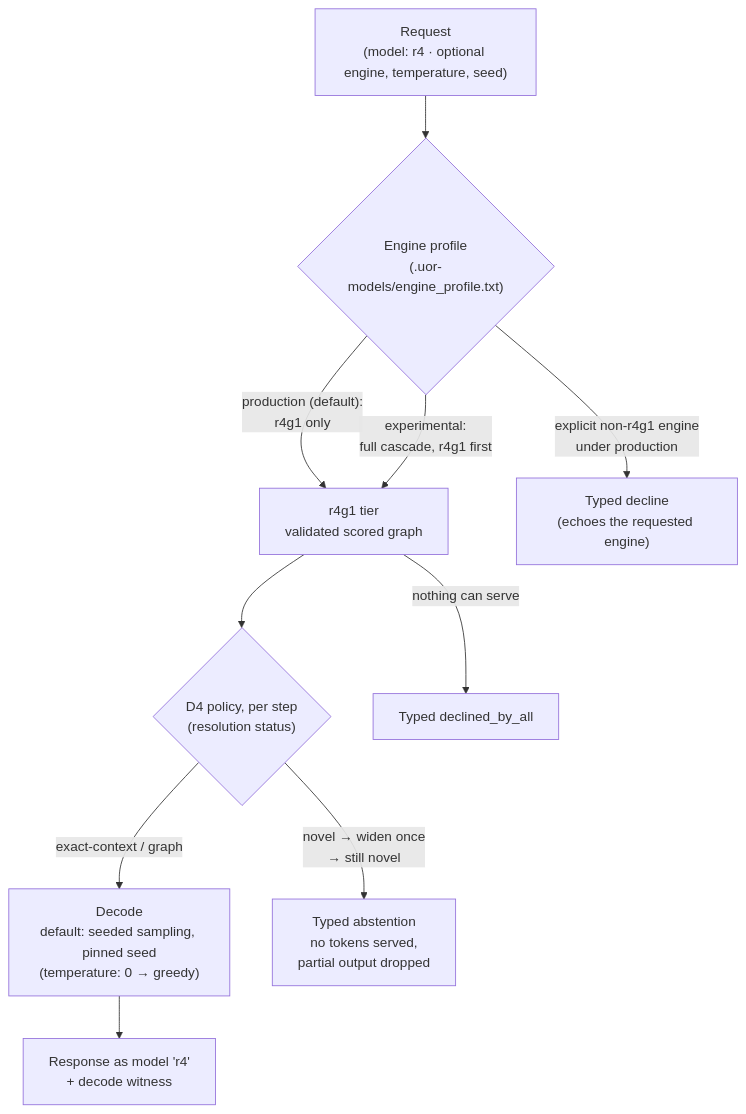
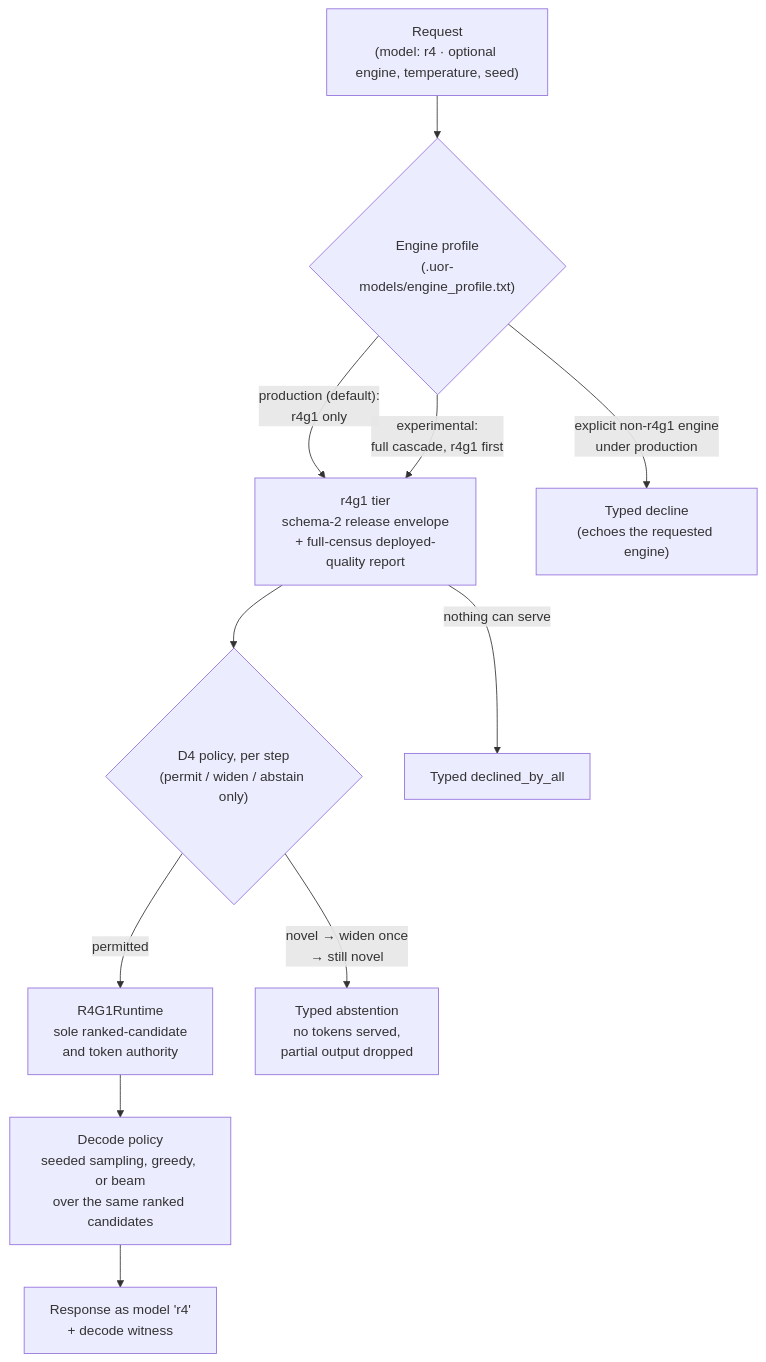
One commit to UOR-Foundation/uor-r4 changed the third of 4 diagrams in README.md. Above: the diagram before and after it, drawn with Mermaid. The commit also changed other lines of this file and 67 other files, not shown here.

````diff
--- a/README.md
+++ b/README.md
@@ -349,12 +356,13 @@
 ```mermaid
 flowchart TD
     Req["Request<br/>(model: r4 · optional engine, temperature, seed)"] --> Profile{"Engine profile<br/>(.uor-models/engine_profile.txt)"}
-    Profile -->|"production (default):<br/>r4g1 only"| Tier["r4g1 tier<br/>validated scored graph"]
+    Profile -->|"production (default):<br/>r4g1 only"| Tier["r4g1 tier<br/>schema-2 release envelope<br/>+ full-census deployed-quality report"]
     Profile -->|"explicit non-r4g1 engine<br/>under production"| Decline["Typed decline<br/>(echoes the requested engine)"]
     Profile -->|"experimental:<br/>full cascade, r4g1 first"| Tier
-    Tier --> D4{"D4 policy, per step<br/>(resolution status)"}
-    D4 -->|"exact-context / graph"| Decode["Decode<br/>default: seeded sampling, pinned seed<br/>(temperature: 0 → greedy)"]
+    Tier --> D4{"D4 policy, per step<br/>(permit / widen / abstain only)"}
+    D4 -->|"permitted"| Select["R4G1Runtime<br/>sole ranked-candidate<br/>and token authority"]
+    Select --> Decode["Decode policy<br/>seeded sampling, greedy, or beam<br/>over the same ranked candidates"]
     D4 -->|"novel → widen once<br/>→ still novel"| Abstain["Typed abstention<br/>no tokens served,<br/>partial output dropped"]
     Decode --> Resp["Response as model 'r4'<br/>+ decode witness"]
     Tier -->|"nothing can serve"| DBA["Typed declined_by_all"]
 ```
````
